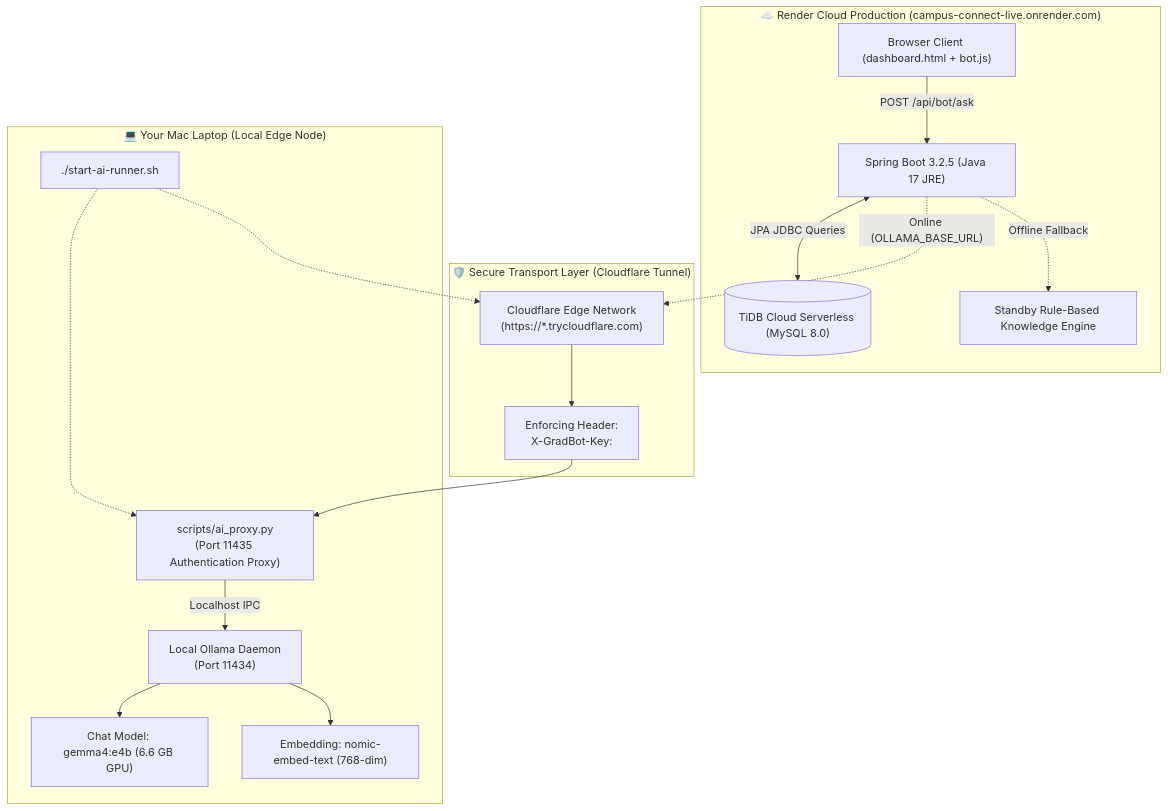
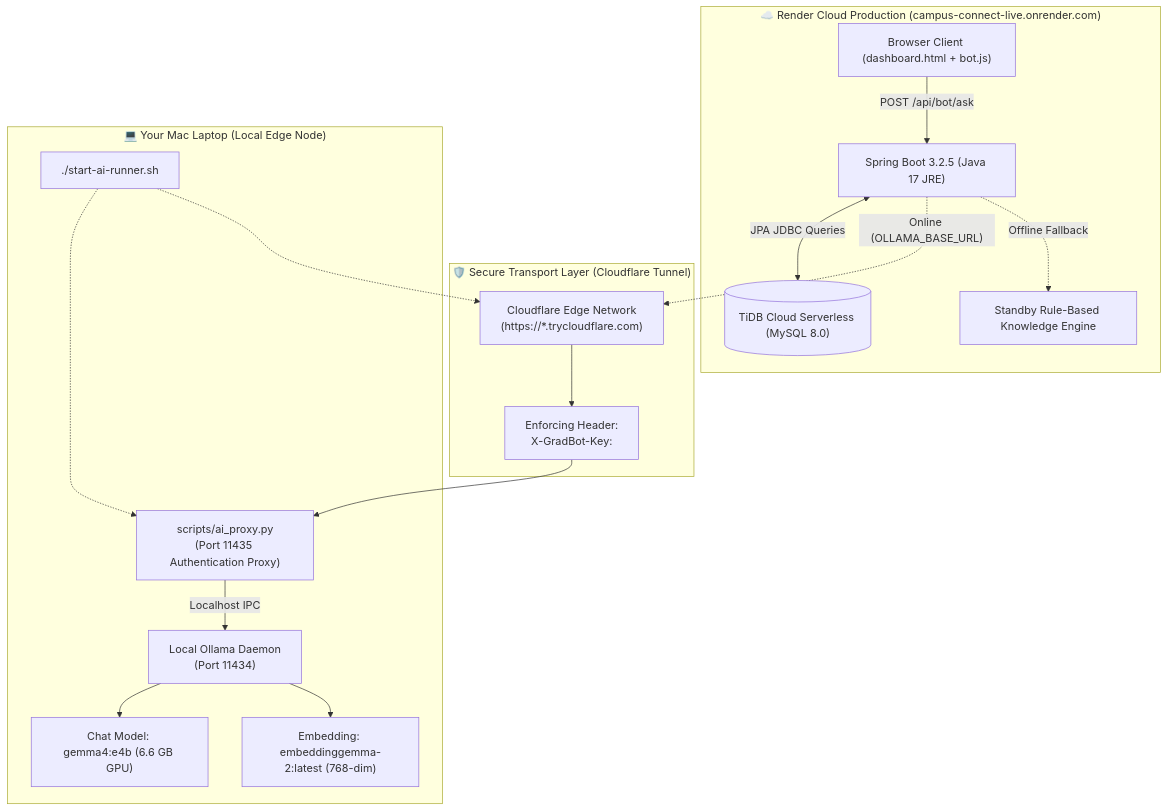
The diagram in docs/guides/local-ai-runner-guide.md (piyushgoel2808/campus-connect), drawn with Mermaid before and after one commit. The commit also changed other lines of this file and 9 other files, not shown here.

Commit message:
feat(ai): switch to embeddinggemma-2 model and improve knowledge upload error handling

````diff
--- a/docs/guides/local-ai-runner-guide.md
+++ b/docs/guides/local-ai-runner-guide.md
@@ -28,37 +28,37 @@
 ```mermaid
 flowchart TB
     subgraph Cloud["☁️ Render Cloud Production (campus-connect-live.onrender.com)"]
         SPA["Browser Client (dashboard.html + bot.js)"]
         Backend["Spring Boot 3.2.5 (Java 17 JRE)"]
         TiDB[("TiDB Cloud Serverless (MySQL 8.0)")]
         Fallback["Standby Rule-Based Knowledge Engine"]
     end
 
     subgraph Tunnel["🛡️ Secure Transport Layer (Cloudflare Tunnel)"]
         CF["Cloudflare Edge Network\n(https://*.trycloudflare.com)"]
         Header["Enforcing Header:\nX-GradBot-Key: <secret>"]
     end
 
     subgraph Laptop["💻 Your Mac Laptop (Local Edge Node)"]
         Runner["./start-ai-runner.sh"]
         Proxy["scripts/ai_proxy.py\n(Port 11435 Authentication Proxy)"]
         Ollama["Local Ollama Daemon\n(Port 11434)"]
         ChatModel["Chat Model: gemma4:e4b (6.6 GB GPU)"]
-        EmbedModel["Embedding: nomic-embed-text (768-dim)"]
+        EmbedModel["Embedding: embeddinggemma-2:latest (768-dim)"]
     end
 
     SPA -->|POST /api/bot/ask| Backend
     Backend <-->|JPA JDBC Queries| TiDB
     
     Backend -.->|"Online (OLLAMA_BASE_URL)"| CF
     CF --> Header
     Header --> Proxy
     Proxy -->|Localhost IPC| Ollama
     Ollama --> ChatModel
     Ollama --> EmbedModel
 
     Backend -.->|"Offline Fallback"| Fallback
 
     Runner -.-> Proxy
     Runner -.-> CF
 ```
````
